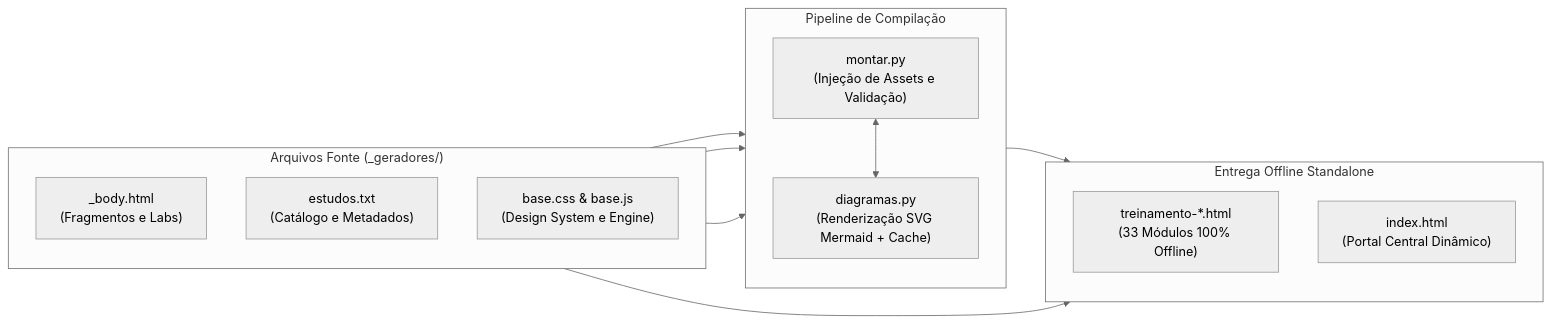
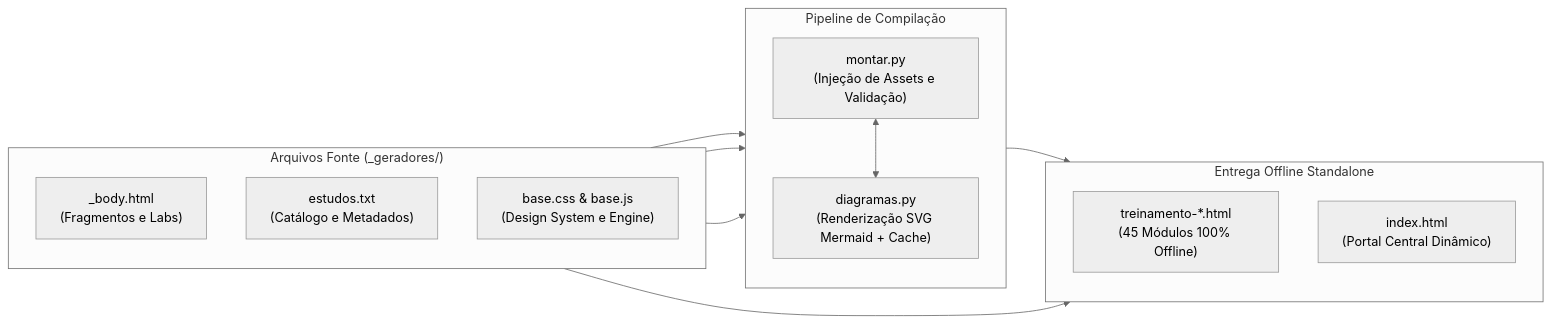
One commit to josemauromani/estudos-cyberseguranca changed the second of 2 diagrams in README.md. Above: the diagram before and after it, drawn with Mermaid (neutral theme). The commit also changed other lines of this file and 9 other files, not shown here.

````diff
--- a/README.md
+++ b/README.md
@@ -154,28 +166,28 @@
 ```mermaid
 flowchart LR
     subgraph Fontes["Arquivos Fonte (_geradores/)"]
         direction TB
         B["_body.html<br>(Fragmentos e Labs)"]
         E["estudos.txt<br>(Catálogo e Metadados)"]
         A["base.css & base.js<br>(Design System e Engine)"]
     end
 
     subgraph Compilacao["Pipeline de Compilação"]
         direction TB
         M["montar.py<br>(Injeção de Assets e Validação)"]
         D["diagramas.py<br>(Renderização SVG Mermaid + Cache)"]
         M <--> D
     end
 
     subgraph Saida["Entrega Offline Standalone"]
         direction TB
-        H["treinamento-*.html<br>(33 Módulos 100% Offline)"]
+        H["treinamento-*.html<br>(45 Módulos 100% Offline)"]
         I["index.html<br>(Portal Central Dinâmico)"]
     end
 
     B --> M
     E --> M
     A --> M
     M --> H
     E --> I
 ```
````
